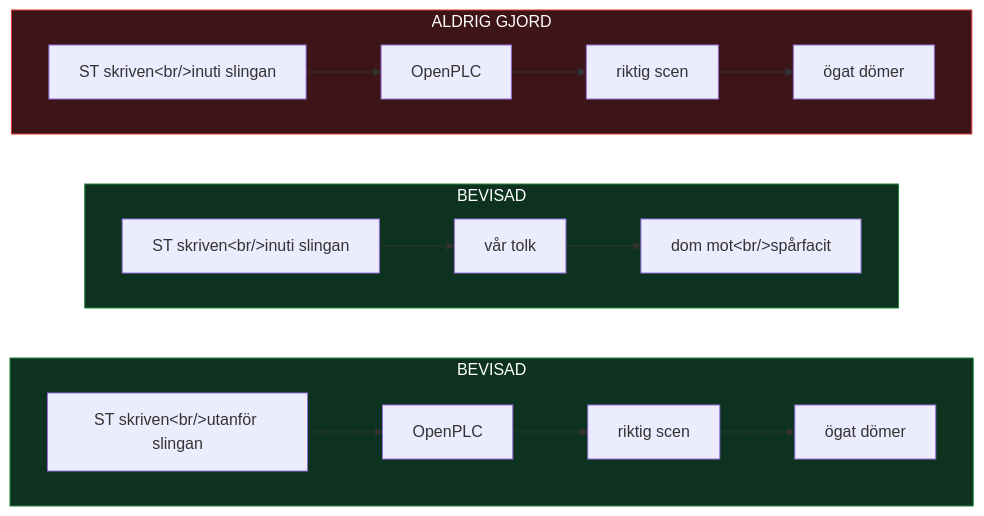
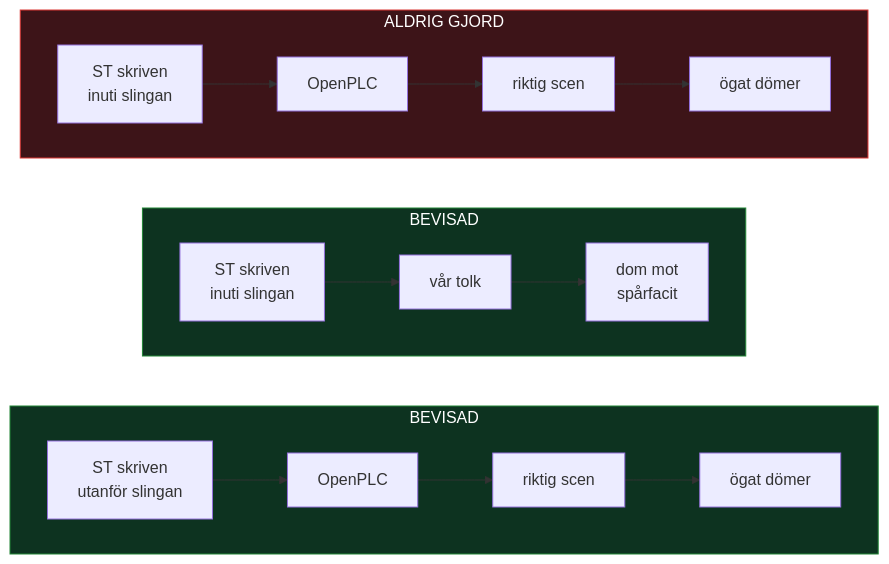
Before and after one commit to antonbj3/VC_Assist: the third of 3 diagrams in docs/PRESENTATION_UTKAST.md, drawn with Mermaid. The commit also changed other lines of this file, not shown here.

````diff
--- a/docs/PRESENTATION_UTKAST.md
+++ b/docs/PRESENTATION_UTKAST.md
@@ -127,19 +121,19 @@
 ```mermaid
 flowchart LR
     subgraph P1["BEVISAD"]
         direction LR
-        H1["ST skriven&lt;br/&gt;utanför slingan"] --> H2["OpenPLC"] --> H3["riktig scen"] --> H4["ögat dömer"]
+        H1["ST skriven<br/>utanför slingan"] --> H2["OpenPLC"] --> H3["riktig scen"] --> H4["ögat dömer"]
     end
     subgraph P2["BEVISAD"]
         direction LR
-        M1["ST skriven&lt;br/&gt;inuti slingan"] --> M2["vår tolk"] --> M3["dom mot&lt;br/&gt;spårfacit"]
+        M1["ST skriven<br/>inuti slingan"] --> M2["vår tolk"] --> M3["dom mot<br/>spårfacit"]
     end
     subgraph P3["ALDRIG GJORD"]
         direction LR
-        X1["ST skriven&lt;br/&gt;inuti slingan"] --> X2["OpenPLC"] --> X3["riktig scen"] --> X4["ögat dömer"]
+        X1["ST skriven<br/>inuti slingan"] --> X2["OpenPLC"] --> X3["riktig scen"] --> X4["ögat dömer"]
     end
 
     style P1 fill:#0d3320,stroke:#238636,color:#fff
     style P2 fill:#0d3320,stroke:#238636,color:#fff
     style P3 fill:#3d1418,stroke:#da3633,color:#fff
 ```
````
